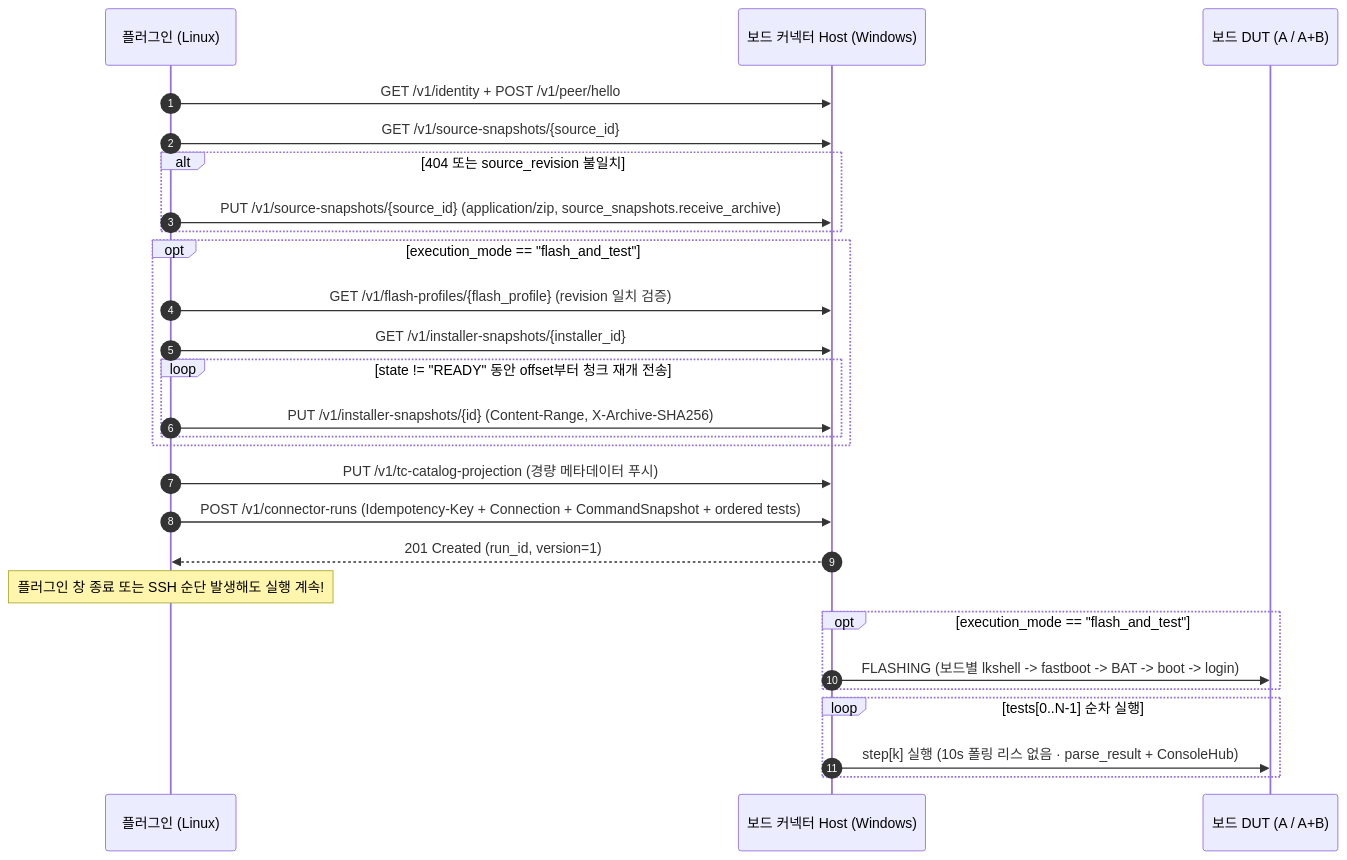
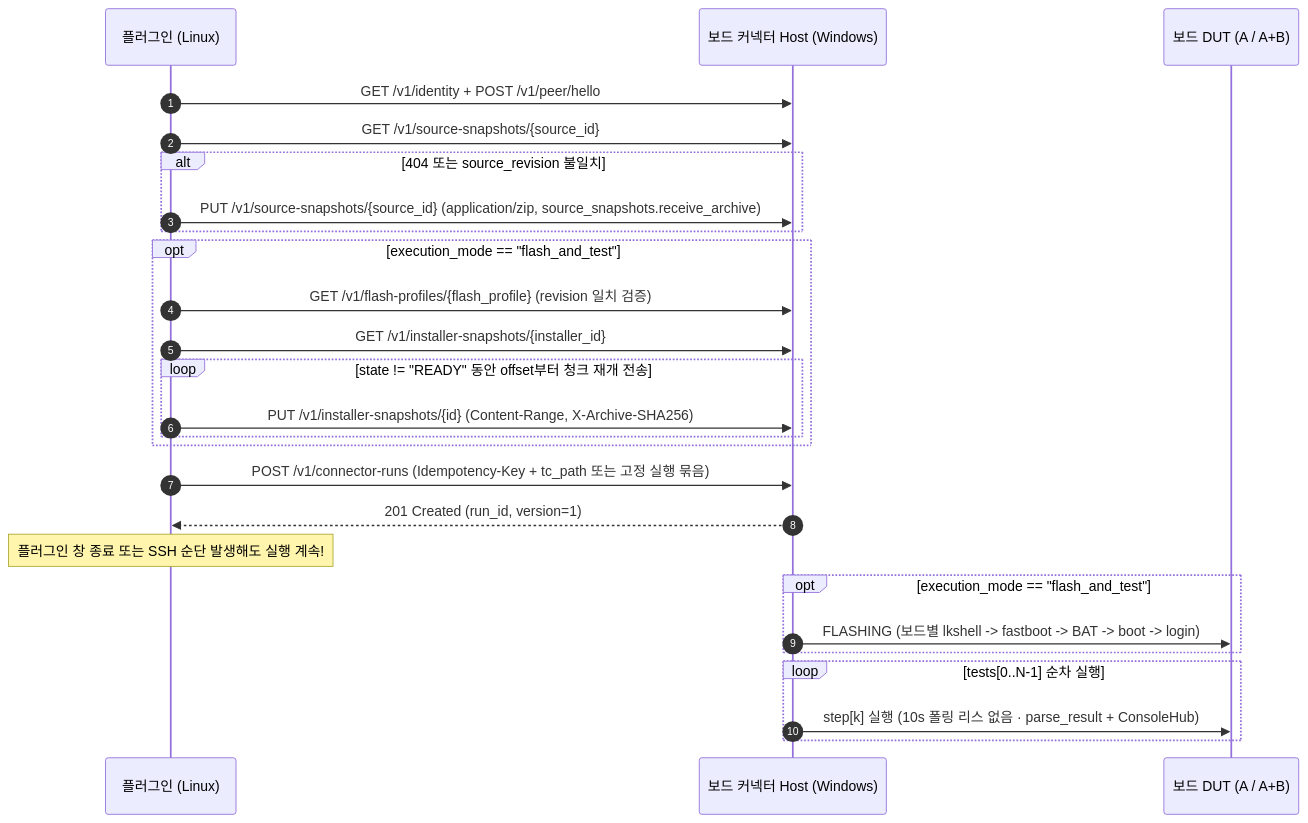
Before and after one commit to graycoral/bsp_os_upgrade_dashboard: the fourth of 5 diagrams in docs/design/DIRECT_CONNECTOR_ARCHITECTURE.md, drawn with Mermaid. The commit also changed other lines of this file and 33 other files, not shown here.

Commit message:
Run path-selected board tests and report per-attempt failure evidence

````diff
--- a/docs/design/DIRECT_CONNECTOR_ARCHITECTURE.md
+++ b/docs/design/DIRECT_CONNECTOR_ARCHITECTURE.md
@@ -305,30 +317,29 @@
 ```mermaid
 sequenceDiagram
     autonumber
     participant P as 플러그인 (Linux)
     participant H as 보드 커넥터 Host (Windows)
     participant D as 보드 DUT (A / A+B)
 
     P->>H: GET /v1/identity + POST /v1/peer/hello
     P->>H: GET /v1/source-snapshots/{source_id}
     alt 404 또는 source_revision 불일치
         P->>H: PUT /v1/source-snapshots/{source_id} (application/zip, source_snapshots.receive_archive)
     end
     opt execution_mode == "flash_and_test"
         P->>H: GET /v1/flash-profiles/{flash_profile} (revision 일치 검증)
         P->>H: GET /v1/installer-snapshots/{installer_id}
         loop state != "READY" 동안 offset부터 청크 재개 전송
             P->>H: PUT /v1/installer-snapshots/{id} (Content-Range, X-Archive-SHA256)
         end
     end
-    P->>H: PUT /v1/tc-catalog-projection (경량 메타데이터 푸시)
-    P->>H: POST /v1/connector-runs (Idempotency-Key + Connection + CommandSnapshot + ordered tests)
+    P->>H: POST /v1/connector-runs (Idempotency-Key + tc_path 또는 고정 실행 묶음)
     H-->>P: 201 Created (run_id, version=1)
     Note over P: 플러그인 창 종료 또는 SSH 순단 발생해도 실행 계속!
     opt execution_mode == "flash_and_test"
         H->>D: FLASHING (보드별 lkshell -> fastboot -> BAT -> boot -> login)
     end
     loop tests[0..N-1] 순차 실행
         H->>D: step[k] 실행 (10s 폴링 리스 없음 · parse_result + ConsoleHub)
     end
 ```
````
